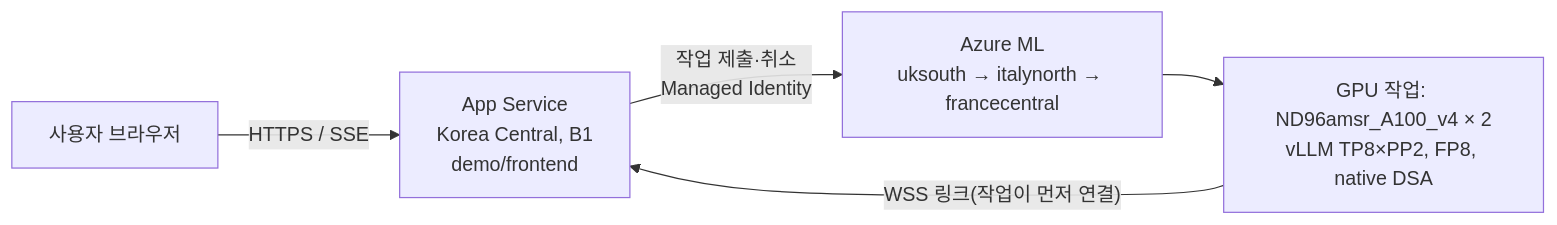
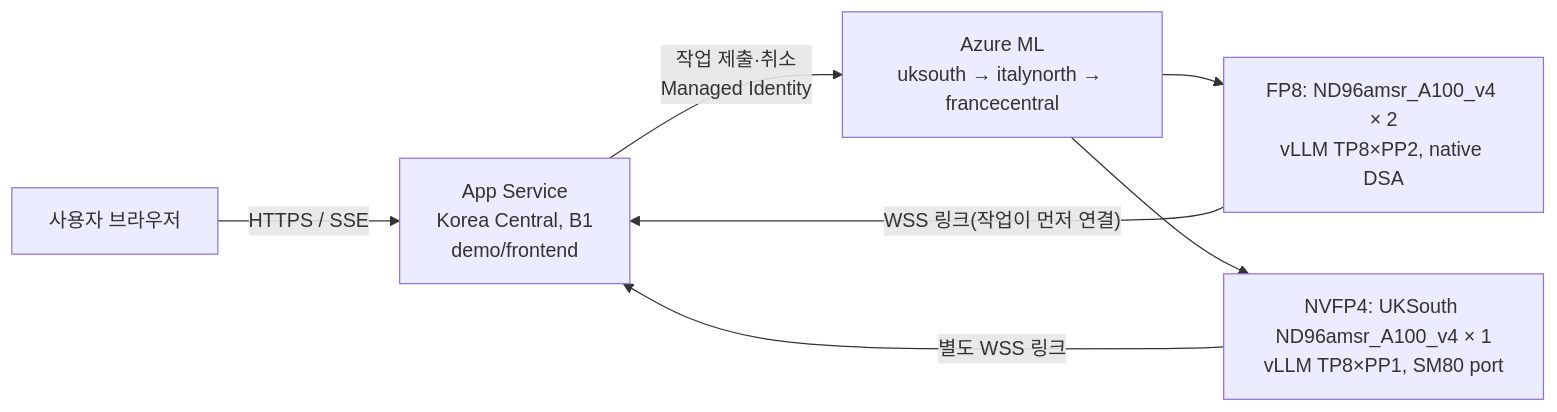
Before and after one commit to EON-LEE/sk-ax-azure: the diagram in demo/README.md, drawn with Mermaid. The commit also changed other lines of this file and 23 other files, not shown here.

````diff
--- a/demo/README.md
+++ b/demo/README.md
@@ -5,7 +6,9 @@
 ```mermaid
 flowchart LR
   U[사용자 브라우저] -- HTTPS / SSE --> W[App Service<br/>Korea Central, B1<br/>demo/frontend]
   W -- 작업 제출·취소<br/>Managed Identity --> M[Azure ML<br/>uksouth → italynorth → francecentral]
-  M --> J[GPU 작업: ND96amsr_A100_v4 × 2<br/>vLLM TP8×PP2, FP8, native DSA]
+  M --> J[FP8: ND96amsr_A100_v4 × 2<br/>vLLM TP8×PP2, native DSA]
+  M --> N[NVFP4: UKSouth ND96amsr_A100_v4 × 1<br/>vLLM TP8×PP1, SM80 port]
   J -- WSS 링크(작업이 먼저 연결) --> W
+  N -- 별도 WSS 링크 --> W
 ```
````
